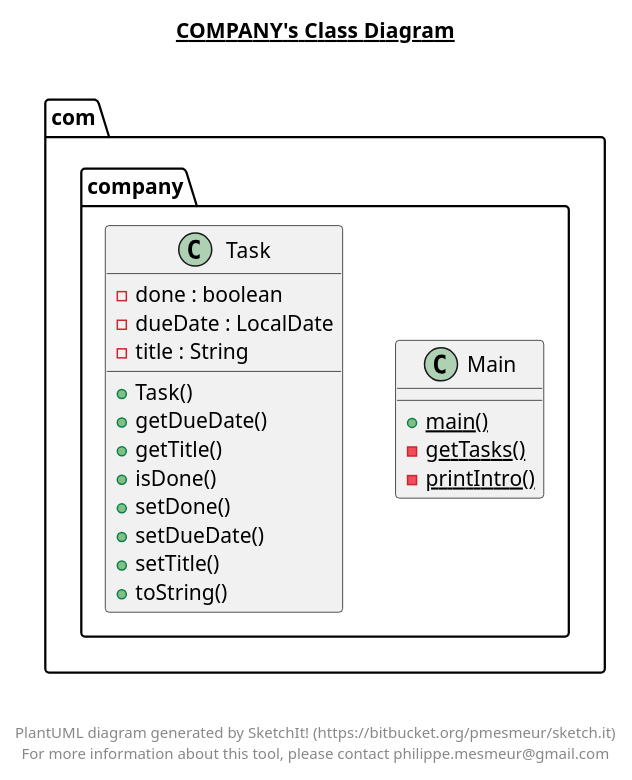
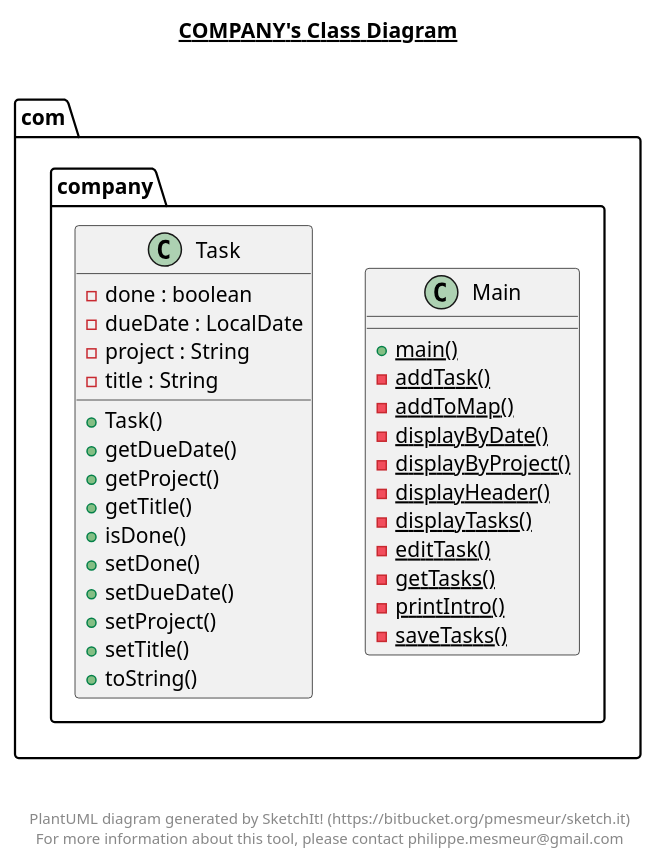
Before and after one commit to Ayatj/ToDoList: the diagram in src/com/company/company.plantuml, drawn with PlantUML. The commit also changed 11 other files, not shown here.

Commit message:
update my project and save it

```diff
--- a/src/com/company/company.plantuml
+++ b/src/com/company/company.plantuml
@@ -1,40 +1,51 @@
 @startuml
 
 title __COMPANY's Class Diagram__\n
 
   namespace com.company {
     class com.company.Main {
         {static} + main()
+        {static} - addTask()
+        {static} - addToMap()
+        {static} - displayByDate()
+        {static} - displayByProject()
+        {static} - displayHeader()
+        {static} - displayTasks()
+        {static} - editTask()
         {static} - getTasks()
         {static} - printIntro()
+        {static} - saveTasks()
     }
   }
   
 
   namespace com.company {
     class com.company.Task {
         - done : boolean
         - dueDate : LocalDate
+        - project : String
         - title : String
         + Task()
         + getDueDate()
+        + getProject()
         + getTitle()
         + isDone()
         + setDone()
         + setDueDate()
+        + setProject()
         + setTitle()
         + toString()
     }
   }
   
 
 
 
 right footer
 
 
 PlantUML diagram generated by SketchIt! (https://bitbucket.org/pmesmeur/sketch.it)
 For more information about this tool, please contact philippe.mesmeur@gmail.com
 endfooter
 
 @enduml
```
